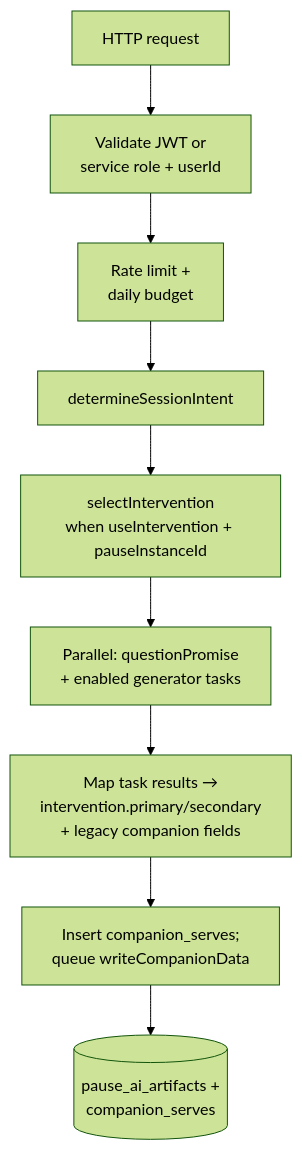
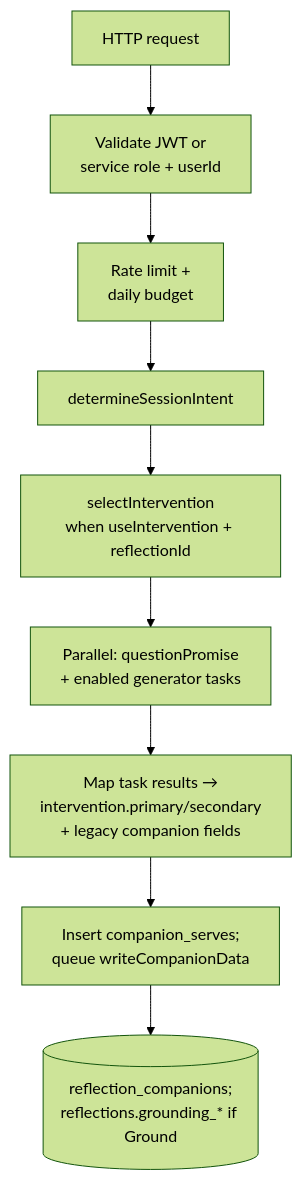
Before and after one commit to Angelguirao/holzen: the third of 5 diagrams in docs/systems/pause/ai-powered-pause-system.md, drawn with Mermaid (forest theme). The commit also changed other lines of this file and 4 other files, not shown here.

````diff
--- a/docs/systems/pause/ai-powered-pause-system.md
+++ b/docs/systems/pause/ai-powered-pause-system.md
@@ -305,11 +306,11 @@
 ```mermaid
 flowchart TD
   IN[HTTP request] --> AUTH[Validate JWT or\nservice role + userId]
   AUTH --> RL[Rate limit +\ndaily budget]
   RL --> SI[determineSessionIntent]
-  SI --> SEL[selectIntervention\nwhen useIntervention + pauseInstanceId]
+  SI --> SEL[selectIntervention\nwhen useIntervention + reflectionId]
   SEL --> PAR["Parallel: questionPromise\n+ enabled generator tasks"]
   PAR --> ASM[Map task results →\nintervention.primary/secondary\n+ legacy companion fields]
   ASM --> SRV[Insert companion_serves;\nqueue writeCompanionData]
-  SRV --> OUT[(pause_ai_artifacts +\ncompanion_serves)]
+  SRV --> OUT[(reflection_companions;\nreflections.grounding_* if Ground)]
 ```
````
